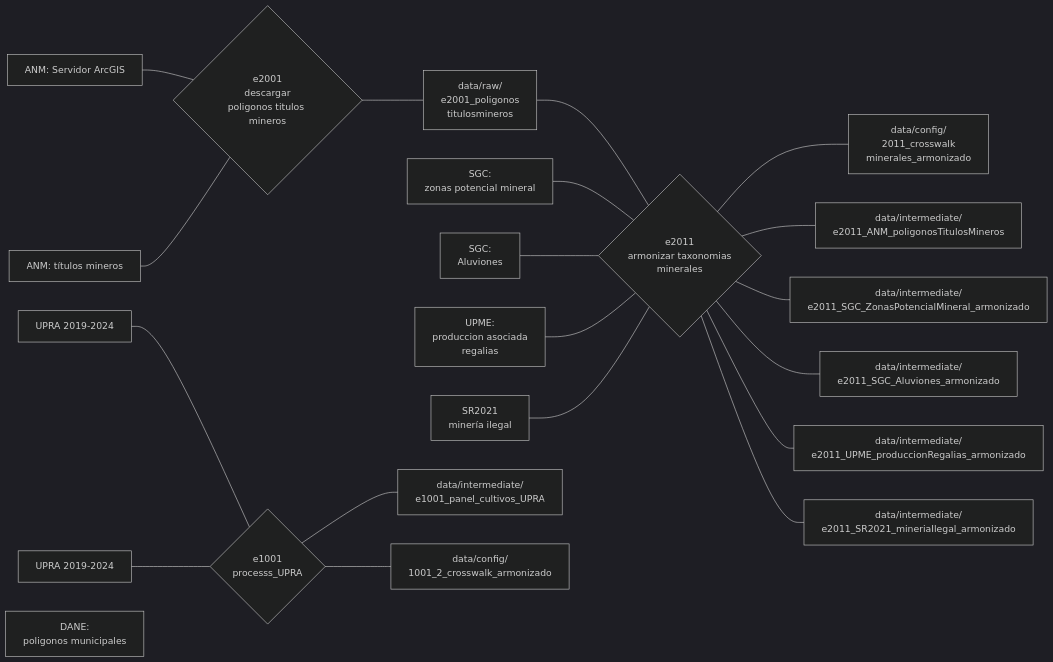
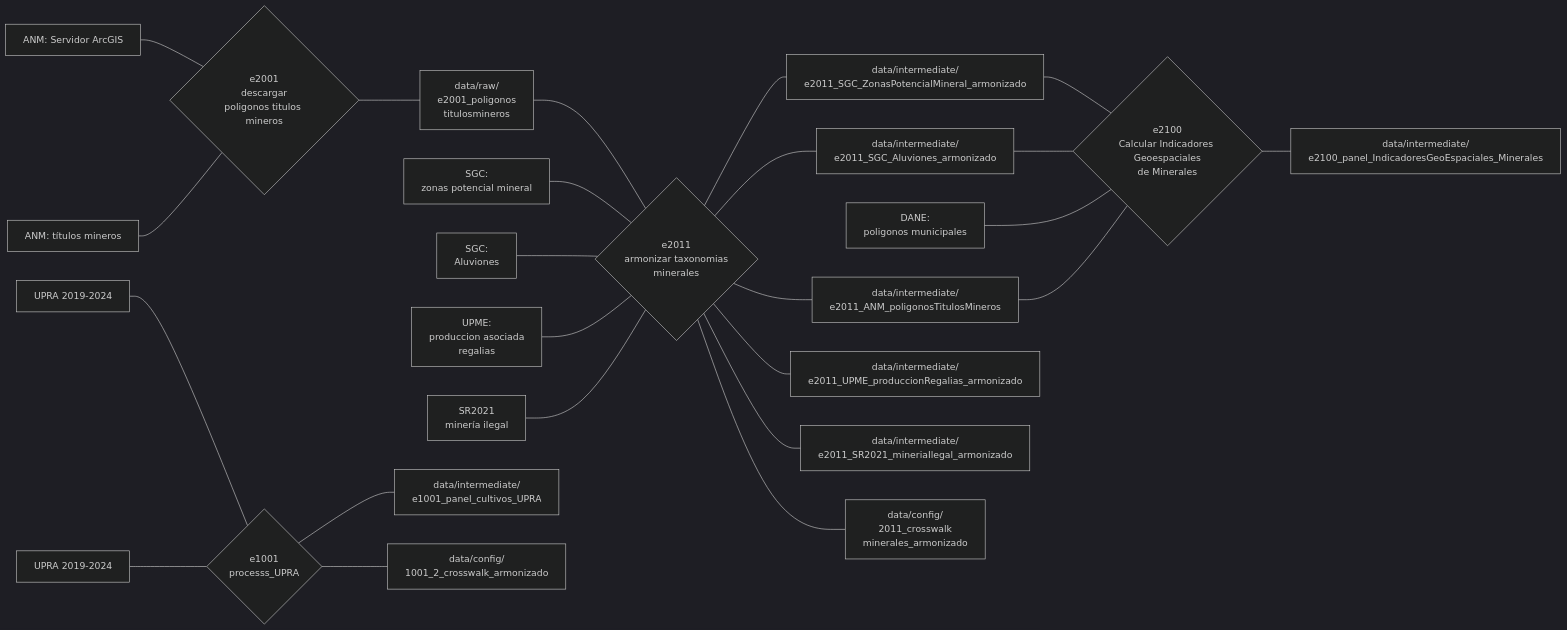
One commit to JC-AlfonsoR/PEG-mining-agriculture changed the diagram in README.md. Above: the diagram before and after it, drawn with Mermaid (dark theme). The commit also changed other lines of this file and 7 other files, not shown here.

Commit message:
Avanzar el procesamiento de indicadores geoespaciales de minerales

````diff
--- a/README.md
+++ b/README.md
@@ -36,6 +36,10 @@
 e2011_SR2021_mineriaIlegal[data/intermediate/
 e2011_SR2021_mineriaIlegal_armonizado]
 
+%% Bases de datos intermedias para STATA
+e2100_panel_IndicadoresGeoEspaciales_Minerales[data/intermediate/
+e2100_panel_IndicadoresGeoEspaciales_Minerales]
+
 %% archivos de configuracion
 1001_2_crosswalk_armonizado[data/config/
 1001_2_crosswalk_armonizado]
@@ -53,7 +57,9 @@
 e2011_armonizar_taxonomias_minerales{e2011
 armonizar taxonomias
 minerales}
-
+e2100_calcular_indicadoresGeoEspaciales_minerales{e2100
+Calcular Indicadores Geoespaciales
+de Minerales}
 
 
 %% conexiones
@@ -84,4 +90,10 @@
 e2011_armonizar_taxonomias_minerales---e2011_UPME_produccionRegalias
 e2011_armonizar_taxonomias_minerales---e2011_SR2021_mineriaIlegal
 
+%% e2100_calcular_instrumentos_potencial
+e2011_SGC_ZonasPotencialMineral_armonizado---e2100_calcular_indicadoresGeoEspaciales_minerales
+e2011_SGC_Aluviones_armonizado---e2100_calcular_indicadoresGeoEspaciales_minerales
+DANE_poligonos_municipales---e2100_calcular_indicadoresGeoEspaciales_minerales
+e2011_poligonos_titulosmineros_armonizado---e2100_calcular_indicadoresGeoEspaciales_minerales
+e2100_calcular_indicadoresGeoEspaciales_minerales---e2100_panel_IndicadoresGeoEspaciales_Minerales
 ```
````
